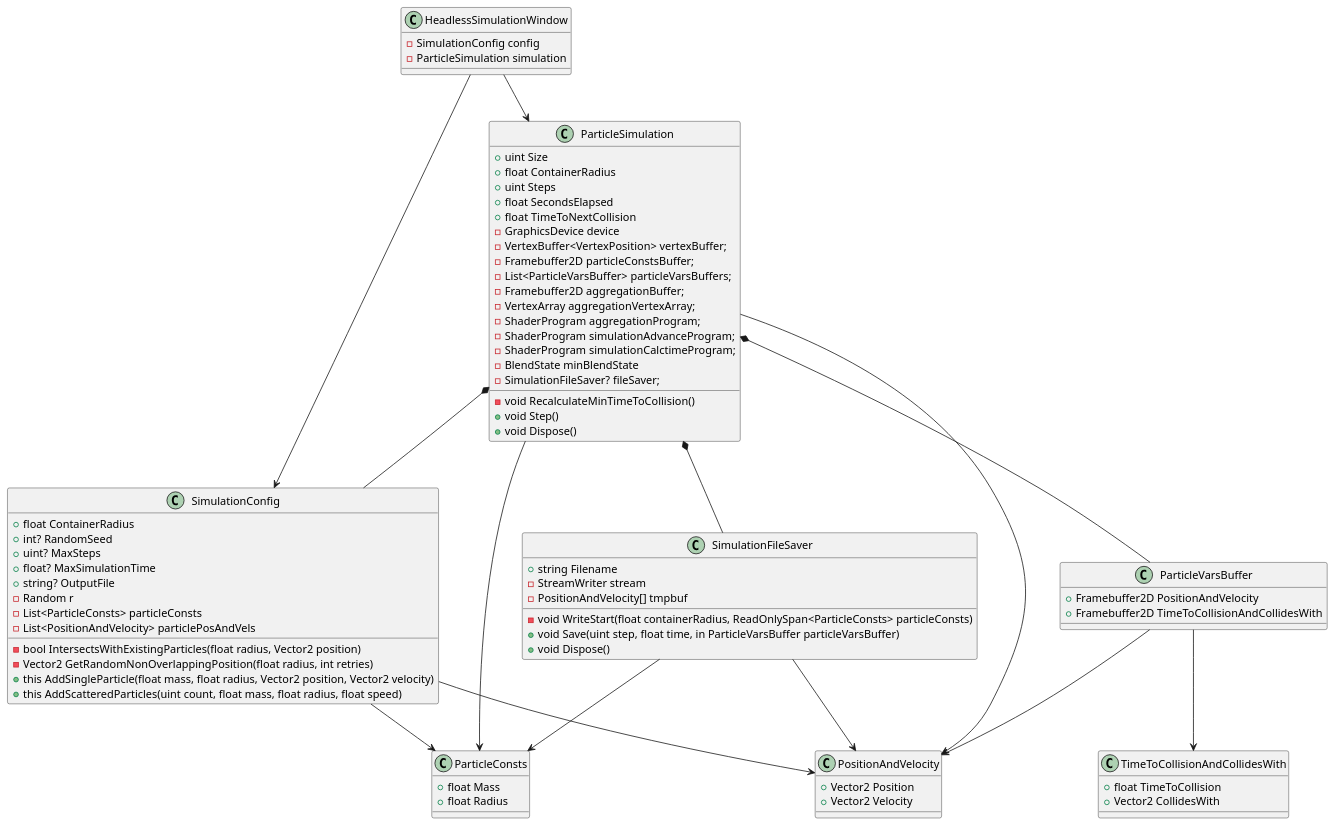
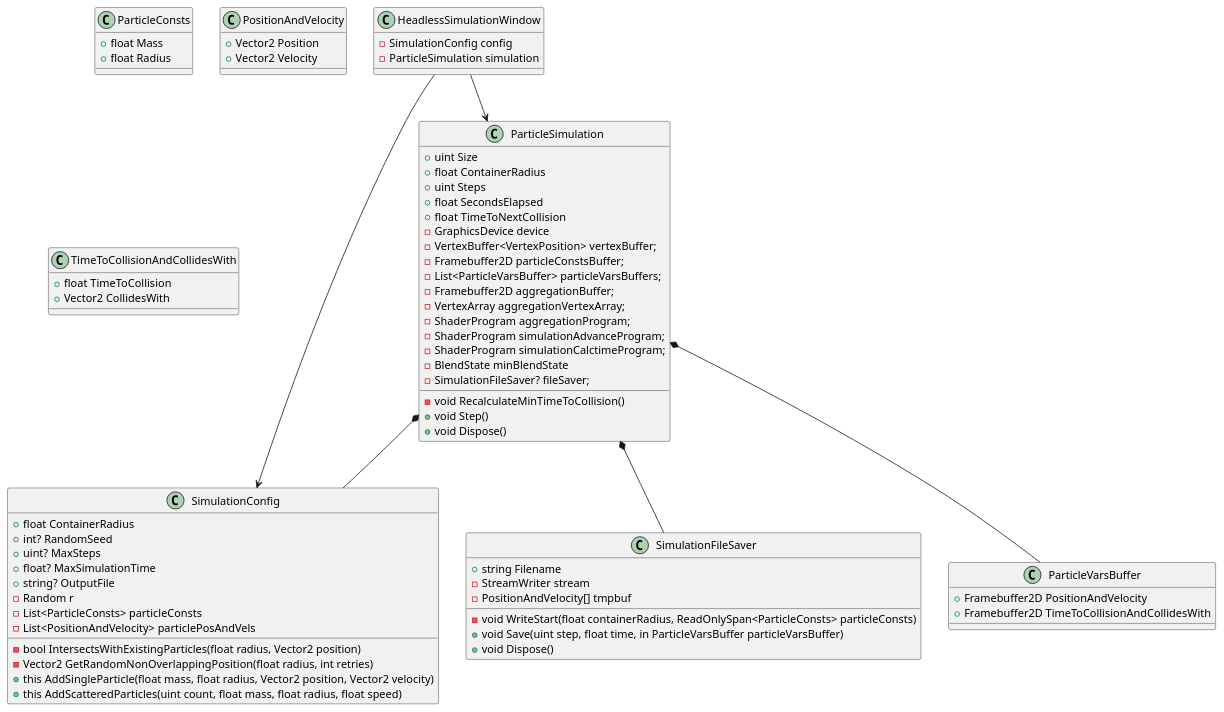
One commit to ThomasMiz/simulations changed the diagram in tp3-gpu/diagram.puml. Above: the diagram before and after it, drawn with PlantUML.

Commit message:
Update uml

```diff
--- a/tp3-gpu/diagram.puml
+++ b/tp3-gpu/diagram.puml
@@ -1,94 +1,83 @@
 @startuml
 
 class ParticleConsts {
     + float Mass
     + float Radius
 }
 
 class PositionAndVelocity {
     + Vector2 Position
     + Vector2 Velocity
 }
 
 class TimeToCollisionAndCollidesWith
 {
     + float TimeToCollision
     + Vector2 CollidesWith
 }
 
 class SimulationConfig {
     + float ContainerRadius
     + int? RandomSeed
     + uint? MaxSteps
     + float? MaxSimulationTime
     + string? OutputFile
     - Random r
     - List<ParticleConsts> particleConsts
     - List<PositionAndVelocity> particlePosAndVels
     - bool IntersectsWithExistingParticles(float radius, Vector2 position)
     - Vector2 GetRandomNonOverlappingPosition(float radius, int retries)
     + this AddSingleParticle(float mass, float radius, Vector2 position, Vector2 velocity)
     + this AddScatteredParticles(uint count, float mass, float radius, float speed)
 }
 
 class SimulationFileSaver {
     + string Filename
     - StreamWriter stream
     - PositionAndVelocity[] tmpbuf
     - void WriteStart(float containerRadius, ReadOnlySpan<ParticleConsts> particleConsts)
     + void Save(uint step, float time, in ParticleVarsBuffer particleVarsBuffer)
     + void Dispose()
 }
 
 class ParticleSimulation {
     + uint Size
     + float ContainerRadius
     + uint Steps
     + float SecondsElapsed
     + float TimeToNextCollision
     - GraphicsDevice device
     - VertexBuffer<VertexPosition> vertexBuffer;
     - Framebuffer2D particleConstsBuffer;
     - List<ParticleVarsBuffer> particleVarsBuffers;
     - Framebuffer2D aggregationBuffer;
     - VertexArray aggregationVertexArray;
     - ShaderProgram aggregationProgram;
     - ShaderProgram simulationAdvanceProgram;
     - ShaderProgram simulationCalctimeProgram;
     - BlendState minBlendState
     - SimulationFileSaver? fileSaver;
     - void RecalculateMinTimeToCollision()
     + void Step()
     + void Dispose()
 }
 
 class ParticleVarsBuffer {
     + Framebuffer2D PositionAndVelocity
     + Framebuffer2D TimeToCollisionAndCollidesWith
 }
 
 class HeadlessSimulationWindow
 {
     - SimulationConfig config
     - ParticleSimulation simulation
 }
 
-SimulationConfig --> ParticleConsts
-SimulationConfig --> PositionAndVelocity
-
 ParticleSimulation *-- SimulationConfig
 ParticleSimulation *-- SimulationFileSaver
 ParticleSimulation *-- ParticleVarsBuffer
-ParticleSimulation --> ParticleConsts
-ParticleSimulation --> PositionAndVelocity
-
-SimulationFileSaver --> ParticleConsts
-SimulationFileSaver --> PositionAndVelocity
-
-ParticleVarsBuffer --> PositionAndVelocity
-ParticleVarsBuffer --> TimeToCollisionAndCollidesWith
 
 HeadlessSimulationWindow --> SimulationConfig
 HeadlessSimulationWindow --> ParticleSimulation
 
 @enduml
```
